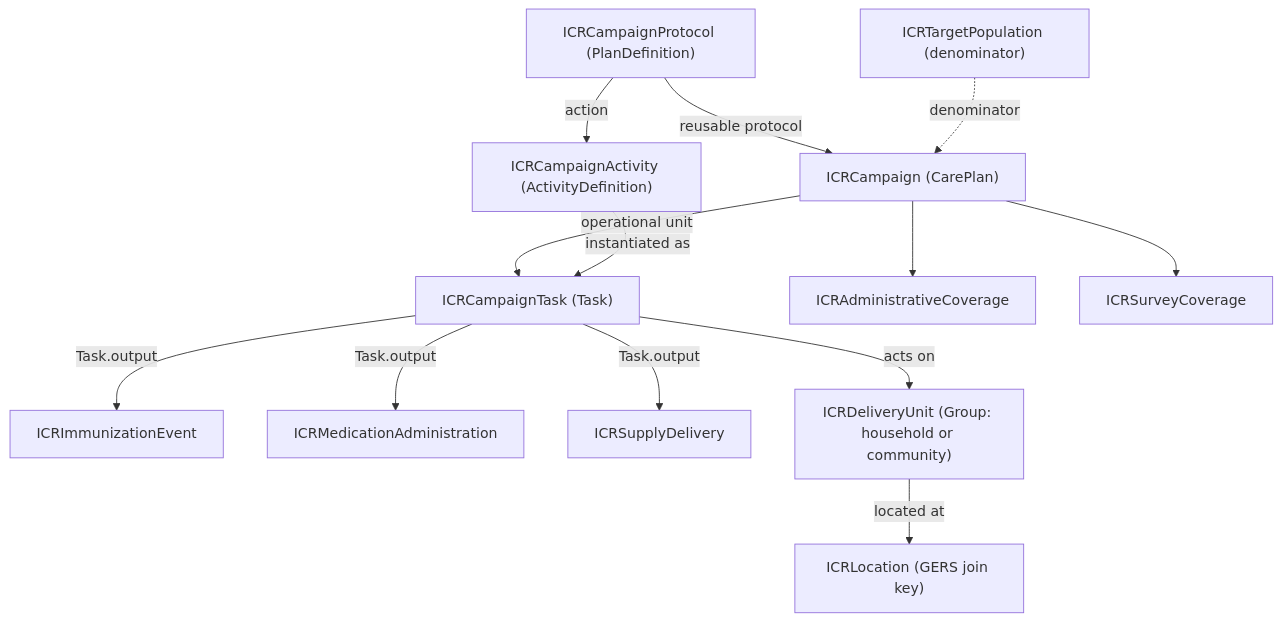
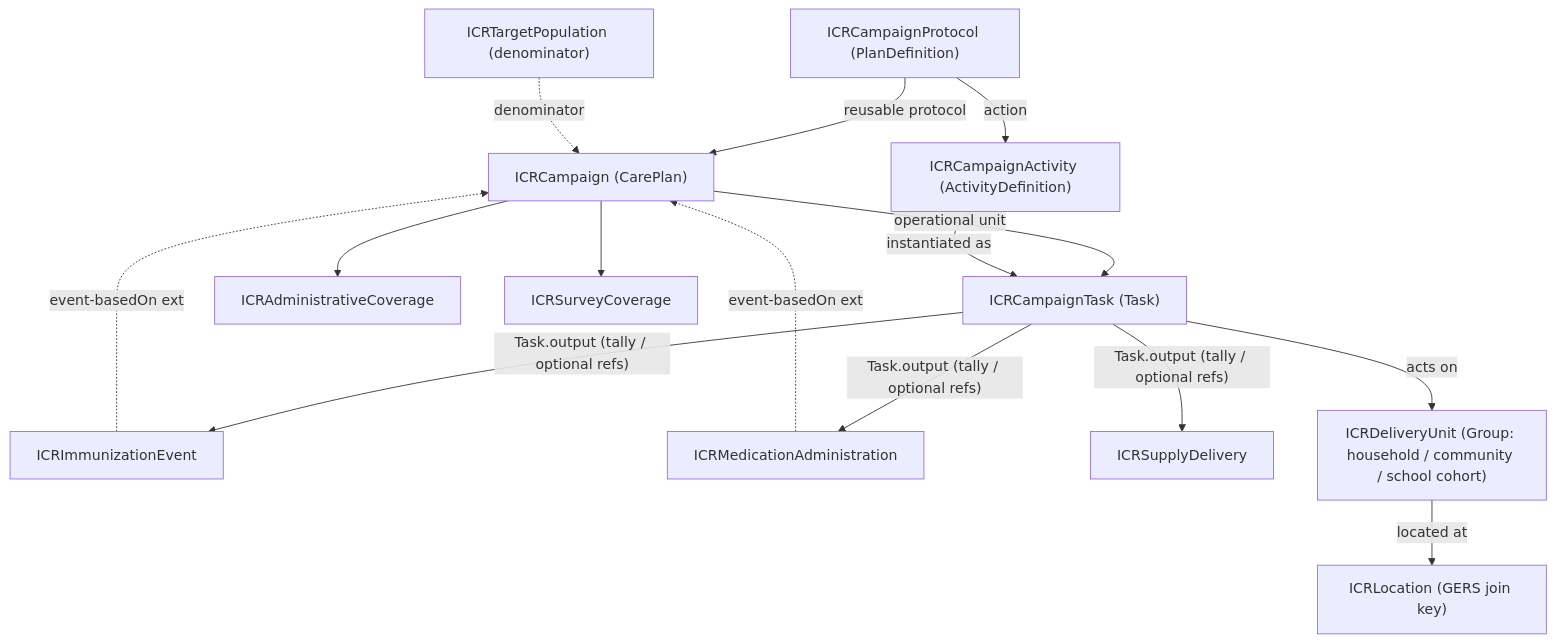
One commit to recodelabs/icr changed the diagram in ig/input/pagecontent/index.md. Above: the diagram before and after it, drawn with Mermaid. The commit also changed other lines of this file and 6 other files, not shown here.

First line of the commit message:
Delivery events carry their own campaign link (standard event-basedOn); finish the school-cohort sweep

````diff
--- a/ig/input/pagecontent/index.md
+++ b/ig/input/pagecontent/index.md
@@ -57,15 +60,17 @@
 ```mermaid
 graph TD
   PD["ICRCampaignProtocol (PlanDefinition)"] -->|reusable protocol| CP["ICRCampaign (CarePlan)"]
   PD -->|action| AD["ICRCampaignActivity (ActivityDefinition)"]
   CP -->|operational unit| TASK["ICRCampaignTask (Task)"]
   AD -->|instantiated as| TASK
-  TASK -->|Task.output| IMM["ICRImmunizationEvent"]
-  TASK -->|Task.output| MA["ICRMedicationAdministration"]
-  TASK -->|Task.output| SD["ICRSupplyDelivery"]
-  TASK -->|acts on| DU["ICRDeliveryUnit (Group: household or community)"]
+  TASK -->|"Task.output (tally / optional refs)"| IMM["ICRImmunizationEvent"]
+  TASK -->|"Task.output (tally / optional refs)"| MA["ICRMedicationAdministration"]
+  TASK -->|"Task.output (tally / optional refs)"| SD["ICRSupplyDelivery"]
+  IMM -.->|"event-basedOn ext"| CP
+  MA -.->|"event-basedOn ext"| CP
+  TASK -->|acts on| DU["ICRDeliveryUnit (Group: household / community / school cohort)"]
   DU -->|located at| LOC["ICRLocation (GERS join key)"]
   TP["ICRTargetPopulation (denominator)"] -.->|denominator| CP
   CP --> AC["ICRAdministrativeCoverage"]
   CP --> SC["ICRSurveyCoverage"]
 ```
````
